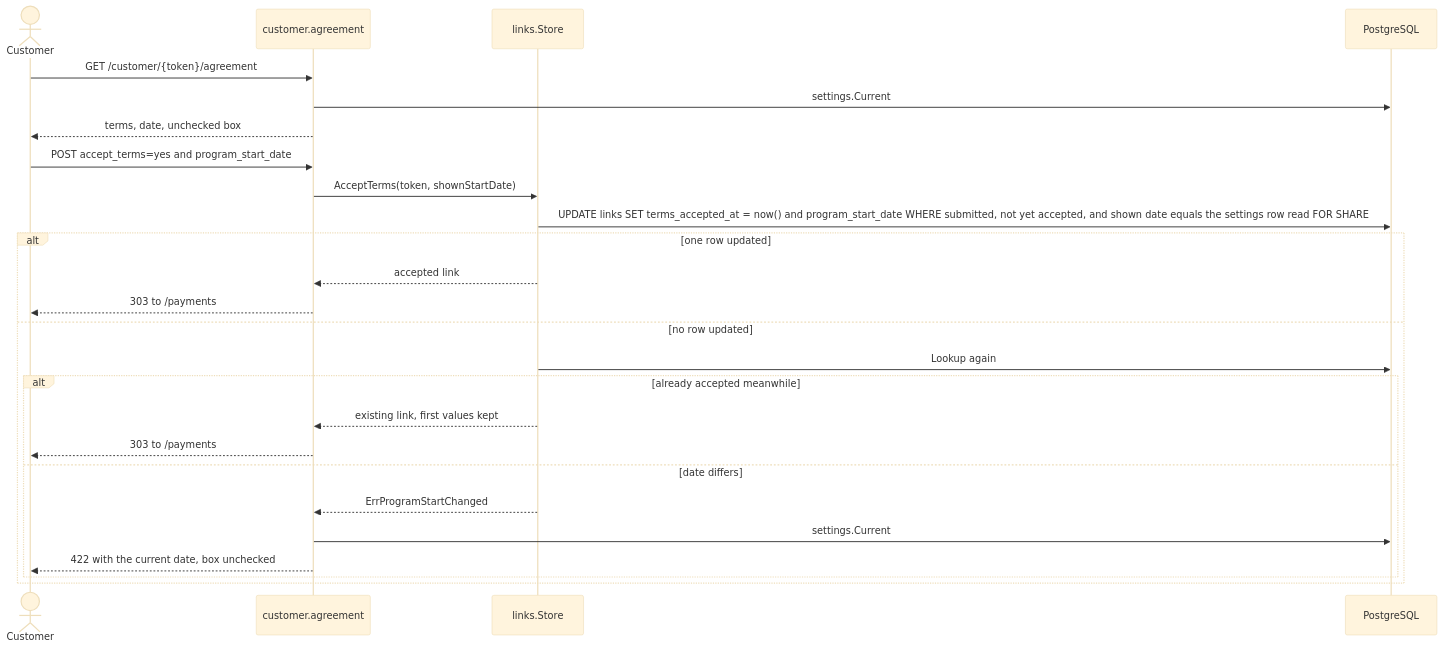
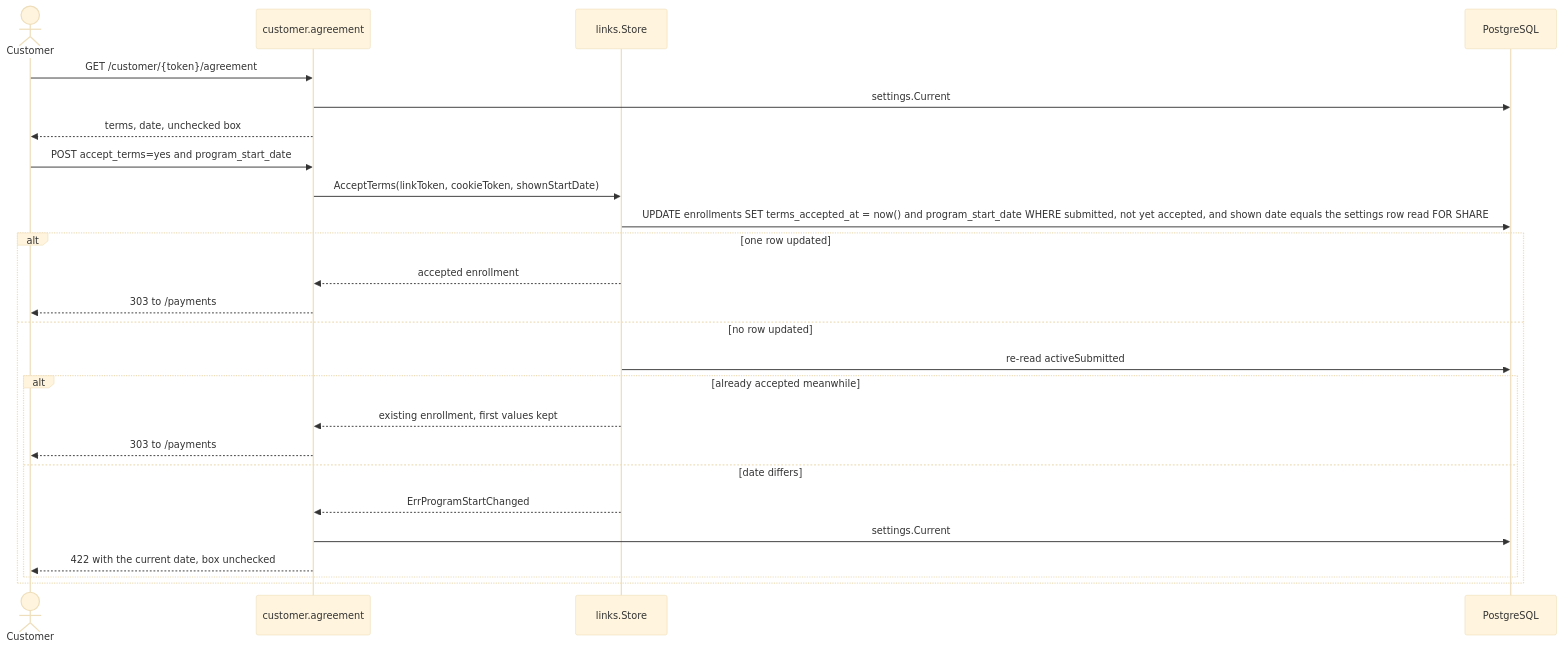
Before and after one commit to devGabriel131/ProjectHermes: the first of 2 diagrams in docs/domain/agreement.md, drawn with Mermaid (base theme). The commit also changed other lines of this file and 63 other files, not shown here.

Commit message:
feat: add reusable links with enrollment sessions and k6 capacity test

````diff
--- a/docs/domain/agreement.md
+++ b/docs/domain/agreement.md
@@ -9,27 +9,27 @@
 ```mermaid
 sequenceDiagram
     actor Customer
     participant Handler as customer.agreement
     participant Store as links.Store
     participant DB as PostgreSQL
     Customer->>Handler: GET /customer/{token}/agreement
     Handler->>DB: settings.Current
     Handler-->>Customer: terms, date, unchecked box
     Customer->>Handler: POST accept_terms=yes and program_start_date
-    Handler->>Store: AcceptTerms(token, shownStartDate)
-    Store->>DB: UPDATE links SET terms_accepted_at = now() and program_start_date WHERE submitted, not yet accepted, and shown date equals the settings row read FOR SHARE
+    Handler->>Store: AcceptTerms(linkToken, cookieToken, shownStartDate)
+    Store->>DB: UPDATE enrollments SET terms_accepted_at = now() and program_start_date WHERE submitted, not yet accepted, and shown date equals the settings row read FOR SHARE
     alt one row updated
-        Store-->>Handler: accepted link
+        Store-->>Handler: accepted enrollment
         Handler-->>Customer: 303 to /payments
     else no row updated
-        Store->>DB: Lookup again
+        Store->>DB: re-read activeSubmitted
         alt already accepted meanwhile
-            Store-->>Handler: existing link, first values kept
+            Store-->>Handler: existing enrollment, first values kept
             Handler-->>Customer: 303 to /payments
         else date differs
             Store-->>Handler: ErrProgramStartChanged
             Handler->>DB: settings.Current
             Handler-->>Customer: 422 with the current date, box unchecked
         end
     end
 ```
````
